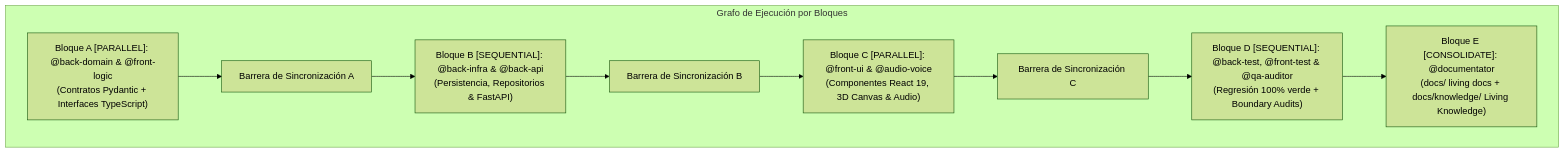
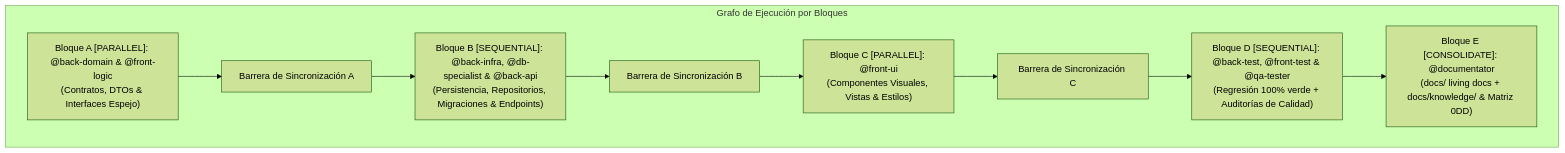
One commit to serchodm/sdd-agentic-starter changed the diagram in .agents/skills/pipeline-run/SKILL.md. Above: the diagram before and after it, drawn with Mermaid (forest theme). The commit also changed other lines of this file and 6 other files, not shown here.

````diff
--- a/.agents/skills/pipeline-run/SKILL.md
+++ b/.agents/skills/pipeline-run/SKILL.md
@@ -28,13 +28,13 @@
 ```mermaid
 graph TD
     subgraph DAG_Execution ["Grafo de Ejecución por Bloques"]
-        B1["Bloque A [PARALLEL]: @back-domain & @front-logic<br/>(Contratos Pydantic + Interfaces TypeScript)"] 
+        B1["Bloque A [PARALLEL]: @back-domain & @front-logic<br/>(Contratos, DTOs & Interfaces Espejo)"] 
         --> S1["Barrera de Sincronización A"]
-        S1 --> B2["Bloque B [SEQUENTIAL]: @back-infra & @back-api<br/>(Persistencia, Repositorios & FastAPI)"]
+        S1 --> B2["Bloque B [SEQUENTIAL]: @back-infra, @db-specialist & @back-api<br/>(Persistencia, Repositorios, Migraciones & Endpoints)"]
         B2 --> S2["Barrera de Sincronización B"]
-        S2 --> B3["Bloque C [PARALLEL]: @front-ui & @audio-voice<br/>(Componentes React 19, 3D Canvas & Audio)"]
+        S2 --> B3["Bloque C [PARALLEL]: @front-ui<br/>(Componentes Visuales, Vistas & Estilos)"]
         B3 --> S3["Barrera de Sincronización C"]
-        S3 --> B4["Bloque D [SEQUENTIAL]: @back-test, @front-test & @qa-auditor<br/>(Regresión 100% verde + Boundary Audits)"]
-        B4 --> B5["Bloque E [CONSOLIDATE]: @documentator<br/>(docs/ living docs + docs/knowledge/ Living Knowledge)"]
+        S3 --> B4["Bloque D [SEQUENTIAL]: @back-test, @front-test & @qa-tester<br/>(Regresión 100% verde + Auditorías de Calidad)"]
+        B4 --> B5["Bloque E [CONSOLIDATE]: @documentator<br/>(docs/ living docs + docs/knowledge/ & Matriz 0DD)"]
     end
 ```
````
